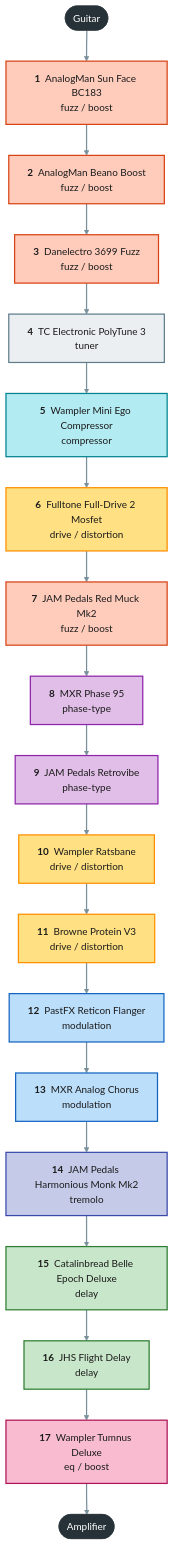
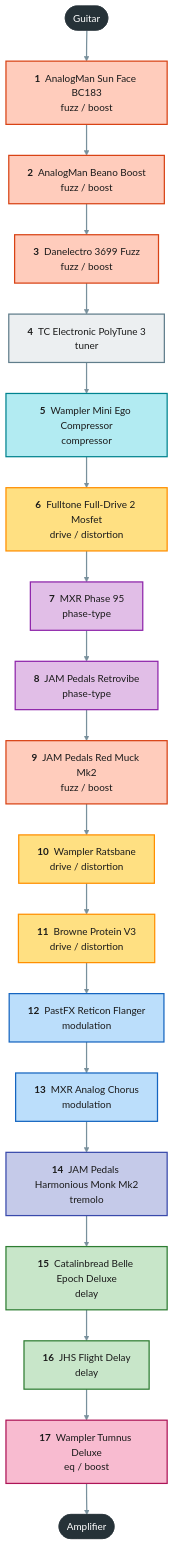
The first of 2 diagrams in projects/guitar-gig/README.md (pedroacvieira/pedalboard), drawn with Mermaid before and after one commit. The commit also changed other lines of this file and 3 other files, not shown here.

First line of the commit message:
Put the phaser and vibe ahead of the Red Muck on the gig board

````diff
--- a/projects/guitar-gig/README.md
+++ b/projects/guitar-gig/README.md
@@ -11,34 +11,34 @@
 ```mermaid
 flowchart TB
     guitar(["Guitar"]):::endpoint
     sun_face["<b>1</b> &nbsp;AnalogMan Sun Face BC183<br/>fuzz / boost"]:::c_fuzz___boost
     beano["<b>2</b> &nbsp;AnalogMan Beano Boost<br/>fuzz / boost"]:::c_fuzz___boost
     danelectro_3699["<b>3</b> &nbsp;Danelectro 3699 Fuzz<br/>fuzz / boost"]:::c_fuzz___boost
     polytune_3["<b>4</b> &nbsp;TC Electronic PolyTune 3<br/>tuner"]:::c_tuner
     mini_ego["<b>5</b> &nbsp;Wampler Mini Ego Compressor<br/>compressor"]:::c_compressor
     fulldrive_2["<b>6</b> &nbsp;Fulltone Full-Drive 2 Mosfet<br/>drive / distortion"]:::c_drive___distortion
-    red_muck["<b>7</b> &nbsp;JAM Pedals Red Muck Mk2<br/>fuzz / boost"]:::c_fuzz___boost
-    phase_95["<b>8</b> &nbsp;MXR Phase 95<br/>phase-type"]:::c_phase_type
-    retrovibe["<b>9</b> &nbsp;JAM Pedals Retrovibe<br/>phase-type"]:::c_phase_type
+    phase_95["<b>7</b> &nbsp;MXR Phase 95<br/>phase-type"]:::c_phase_type
+    retrovibe["<b>8</b> &nbsp;JAM Pedals Retrovibe<br/>phase-type"]:::c_phase_type
+    red_muck["<b>9</b> &nbsp;JAM Pedals Red Muck Mk2<br/>fuzz / boost"]:::c_fuzz___boost
     ratsbane["<b>10</b> &nbsp;Wampler Ratsbane<br/>drive / distortion"]:::c_drive___distortion
     protein["<b>11</b> &nbsp;Browne Protein V3<br/>drive / distortion"]:::c_drive___distortion
     reticon["<b>12</b> &nbsp;PastFX Reticon Flanger<br/>modulation"]:::c_modulation
     analog_chorus["<b>13</b> &nbsp;MXR Analog Chorus<br/>modulation"]:::c_modulation
     monk["<b>14</b> &nbsp;JAM Pedals Harmonious Monk Mk2<br/>tremolo"]:::c_tremolo
     belle_epoch["<b>15</b> &nbsp;Catalinbread Belle Epoch Deluxe<br/>delay"]:::c_delay
     flight_delay["<b>16</b> &nbsp;JHS Flight Delay<br/>delay"]:::c_delay
     tumnus_deluxe["<b>17</b> &nbsp;Wampler Tumnus Deluxe<br/>eq / boost"]:::c_eq___boost
     amp(["Amplifier"]):::endpoint
-    guitar --> sun_face --> beano --> danelectro_3699 --> polytune_3 --> mini_ego --> fulldrive_2 --> red_muck --> phase_95 --> retrovibe --> ratsbane --> protein --> reticon --> analog_chorus --> monk --> belle_epoch --> flight_delay --> tumnus_deluxe --> amp
+    guitar --> sun_face --> beano --> danelectro_3699 --> polytune_3 --> mini_ego --> fulldrive_2 --> phase_95 --> retrovibe --> red_muck --> ratsbane --> protein --> reticon --> analog_chorus --> monk --> belle_epoch --> flight_delay --> tumnus_deluxe --> amp
     classDef endpoint fill:#263238,stroke:#263238,color:#ffffff
     classDef c_tuner fill:#eceff1,stroke:#607d8b,stroke-width:2px,color:#1b1b1b
     classDef c_compressor fill:#b2ebf2,stroke:#00838f,stroke-width:2px,color:#1b1b1b
     classDef c_fuzz___boost fill:#ffccbc,stroke:#d84315,stroke-width:2px,color:#1b1b1b
     classDef c_drive___distortion fill:#ffe082,stroke:#ff8f00,stroke-width:2px,color:#1b1b1b
     classDef c_phase_type fill:#e1bee7,stroke:#8e24aa,stroke-width:2px,color:#1b1b1b
     classDef c_modulation fill:#bbdefb,stroke:#1565c0,stroke-width:2px,color:#1b1b1b
     classDef c_tremolo fill:#c5cae9,stroke:#3949ab,stroke-width:2px,color:#1b1b1b
     classDef c_delay fill:#c8e6c9,stroke:#2e7d32,stroke-width:2px,color:#1b1b1b
     classDef c_eq___boost fill:#f8bbd0,stroke:#ad1457,stroke-width:2px,color:#1b1b1b
     linkStyle default stroke:#78909c,stroke-width:2px
 ```
````
